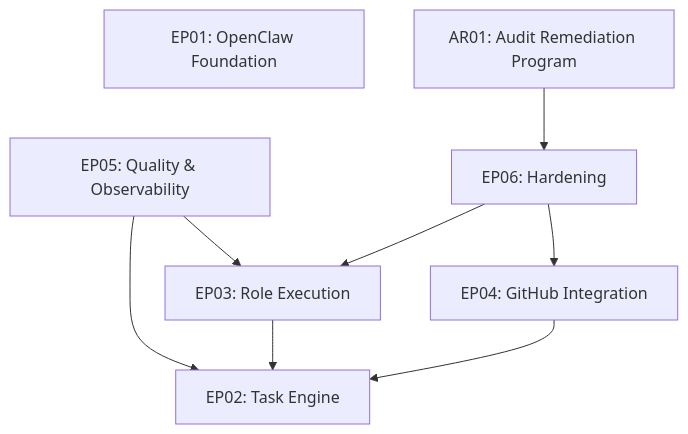
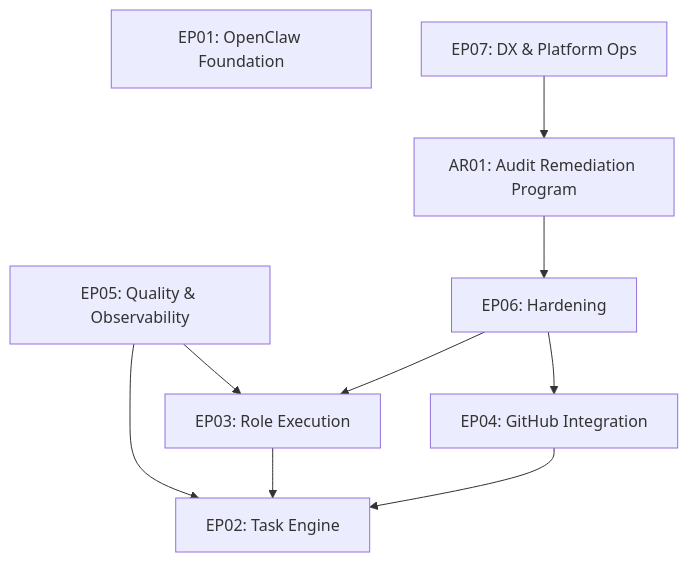
One commit to Monkey-D-Luisi/vibe-flow changed the diagram in docs/roadmap.md. Above: the diagram before and after it, drawn with Mermaid. The commit also changed other lines of this file and 3 other files, not shown here.

````diff
--- a/docs/roadmap.md
+++ b/docs/roadmap.md
@@ -151,12 +167,13 @@
 ```mermaid
 graph TD
   EP01[EP01: OpenClaw Foundation]
   EP02[EP02: Task Engine]
   EP03[EP03: Role Execution] --> EP02
   EP04[EP04: GitHub Integration] --> EP02
   EP05[EP05: Quality & Observability] --> EP02
   EP05 --> EP03
   EP06[EP06: Hardening] --> EP03
   EP06 --> EP04
   AR01[AR01: Audit Remediation Program] --> EP06
+  EP07[EP07: DX & Platform Ops] --> AR01
 ```
````
